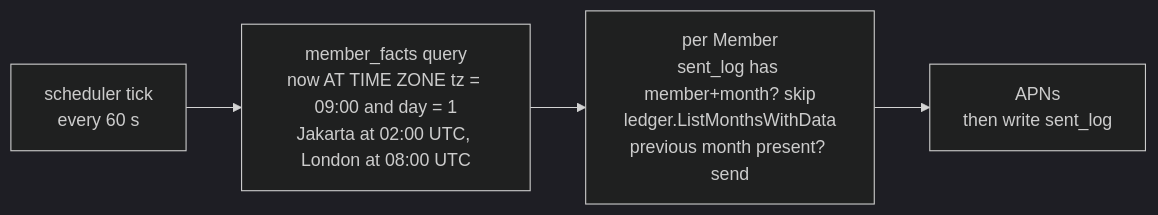
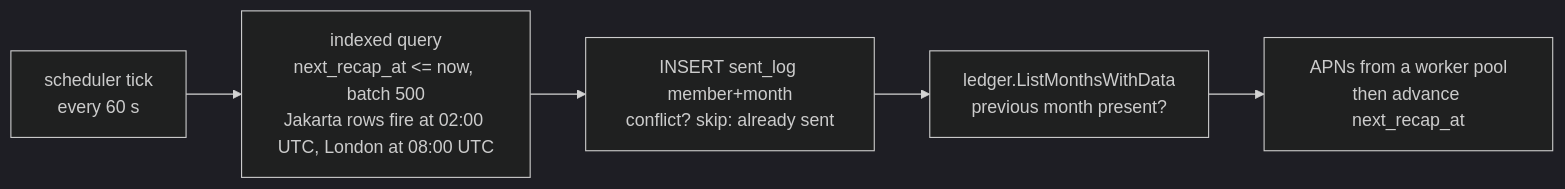
The sixth of 6 diagrams in docs/ARCHITECTURE.md (ravialdyh/my-money-recap-monorepo), drawn with Mermaid (dark theme) before and after one commit. The commit also changed other lines of this file and 1 other file, not shown here.

First line of the commit message:
docs: architecture review fixes — idempotency in the owning service, notify optional, deletion tracking, schedule columns, §8 in one place

````diff
--- a/docs/ARCHITECTURE.md
+++ b/docs/ARCHITECTURE.md
@@ -269,6 +277,7 @@
 ```mermaid
 flowchart LR
-    T[scheduler tick<br/>every 60 s] --> Q[member_facts query<br/>now AT TIME ZONE tz = 09:00 and day = 1<br/>Jakarta at 02:00 UTC, London at 08:00 UTC]
-    Q --> E[per Member<br/>sent_log has member+month? skip<br/>ledger.ListMonthsWithData<br/>previous month present? send]
-    E --> A[APNs<br/>then write sent_log]
+    T[scheduler tick<br/>every 60 s] --> Q[indexed query<br/>next_recap_at <= now, batch 500<br/>Jakarta rows fire at 02:00 UTC, London at 08:00 UTC]
+    Q --> I[INSERT sent_log member+month<br/>conflict? skip: already sent]
+    I --> E[ledger.ListMonthsWithData<br/>previous month present?]
+    E --> A[APNs from a worker pool<br/>then advance next_recap_at]
 ```
````
